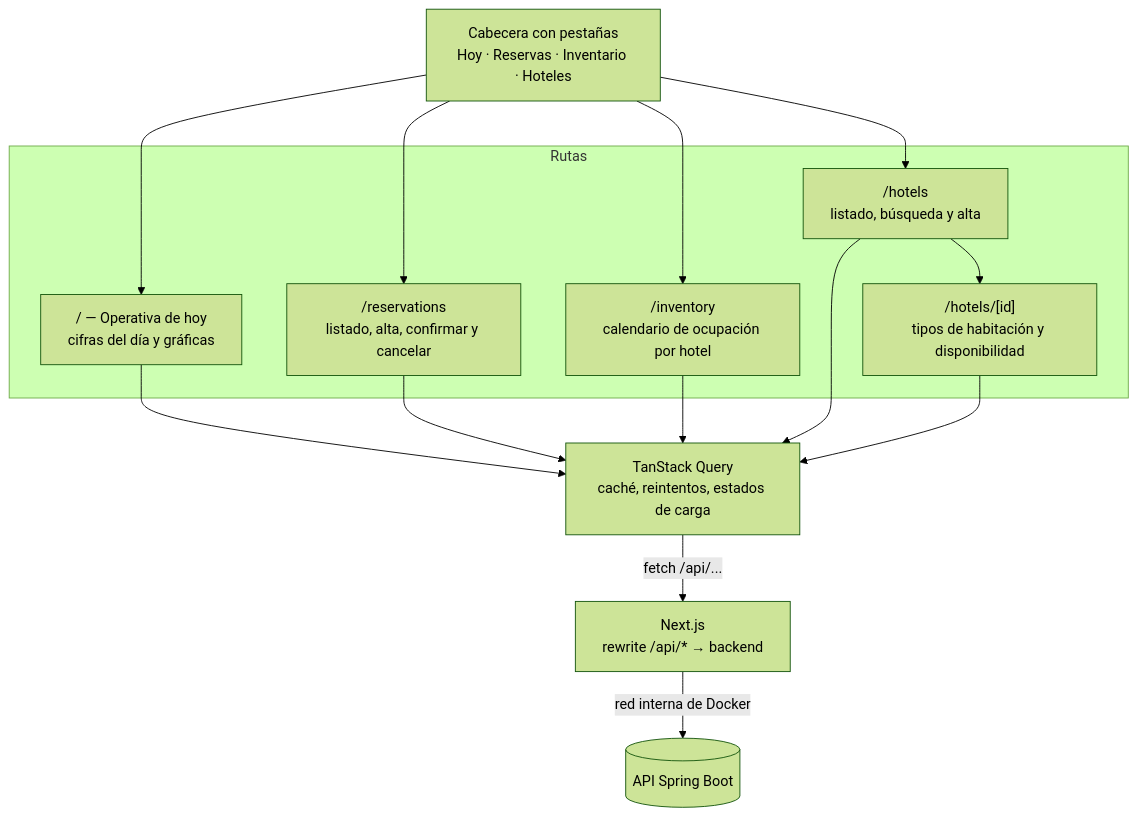
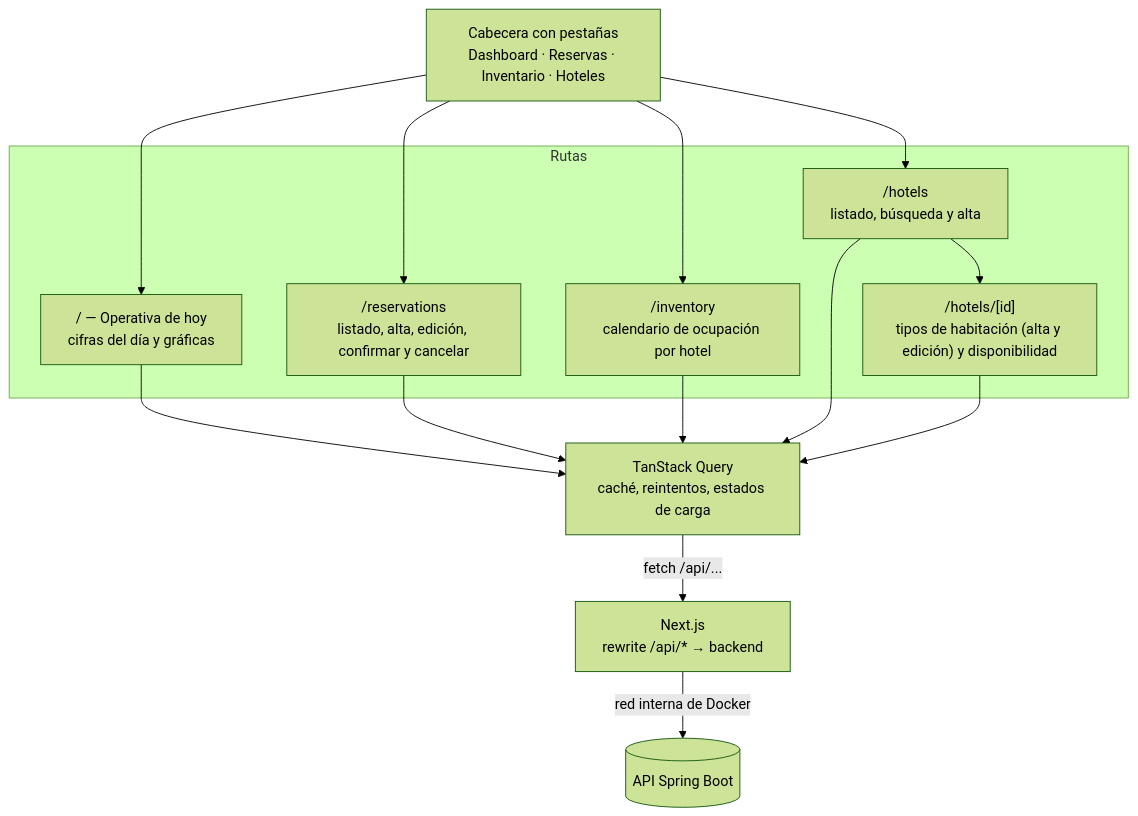
Before and after one commit to abrahammordev/fdsda-altairis-backoffice: the first of 2 diagrams in docs/diagrama-frontend.md, drawn with Mermaid (forest theme). The commit also changed 8 other files, not shown here.

````diff
--- a/docs/diagrama-frontend.md
+++ b/docs/diagrama-frontend.md
@@ -7,22 +7,22 @@
 ```mermaid
 flowchart TD
-    Nav[Cabecera con pestañas<br/>Hoy · Reservas · Inventario · Hoteles]
+    Nav[Cabecera con pestañas<br/>Dashboard · Reservas · Inventario · Hoteles]
 
     subgraph Rutas["Rutas"]
         Hoy["/ — Operativa de hoy<br/>cifras del día y gráficas"]
-        Res["/reservations<br/>listado, alta, confirmar y cancelar"]
+        Res["/reservations<br/>listado, alta, edición, confirmar y cancelar"]
         Inv["/inventory<br/>calendario de ocupación por hotel"]
         Hot["/hotels<br/>listado, búsqueda y alta"]
-        Det["/hotels/[id]<br/>tipos de habitación y disponibilidad"]
+        Det["/hotels/[id]<br/>tipos de habitación (alta y edición) y disponibilidad"]
     end
 
     Query[TanStack Query<br/>caché, reintentos, estados de carga]
     Proxy[Next.js<br/>rewrite /api/* → backend]
     Backend[("API Spring Boot")]
 
     Nav --> Hoy & Res & Inv & Hot
     Hot --> Det
     Hoy & Res & Inv & Hot & Det --> Query
     Query -->|fetch /api/...| Proxy
     Proxy -->|red interna de Docker| Backend
 ```
````
